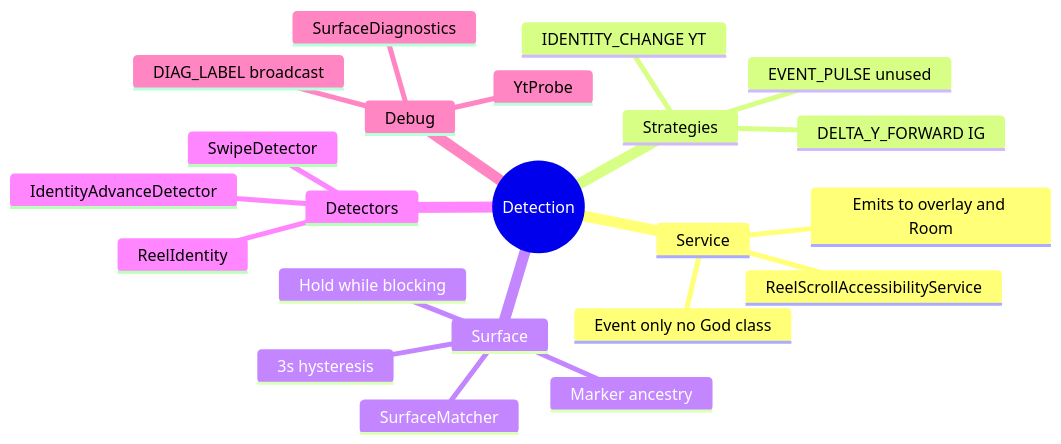
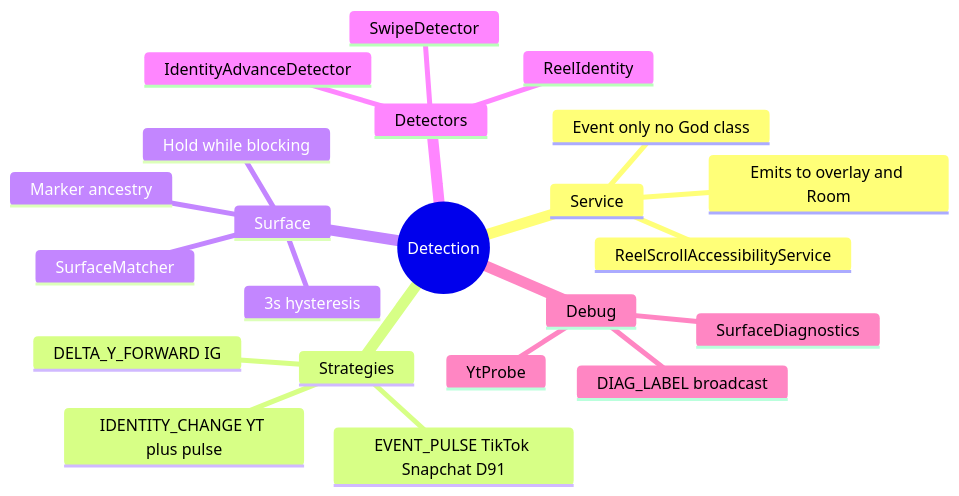
The diagram in ScrollKiller/Detection.md (BasitScribe/ScrollKiller), drawn with Mermaid before and after one commit. The commit also changed 22 other files, not shown here.

First line of the commit message:
fix(detection): YouTube double-counted a late identity, and TikTok/Snapchat counted nothing (D91)

````diff
--- a/ScrollKiller/Detection.md
+++ b/ScrollKiller/Detection.md
@@ -7,25 +7,25 @@
 ```mermaid
 mindmap
   root((Detection))
     Service
       ReelScrollAccessibilityService
       Event only no God class
       Emits to overlay and Room
     Strategies
       DELTA_Y_FORWARD IG
-      IDENTITY_CHANGE YT
-      EVENT_PULSE unused
+      IDENTITY_CHANGE YT plus pulse
+      EVENT_PULSE TikTok Snapchat D91
     Surface
       SurfaceMatcher
       Marker ancestry
       3s hysteresis
       Hold while blocking
     Detectors
       SwipeDetector
       IdentityAdvanceDetector
       ReelIdentity
     Debug
       SurfaceDiagnostics
       YtProbe
       DIAG_LABEL broadcast
 ```
````
